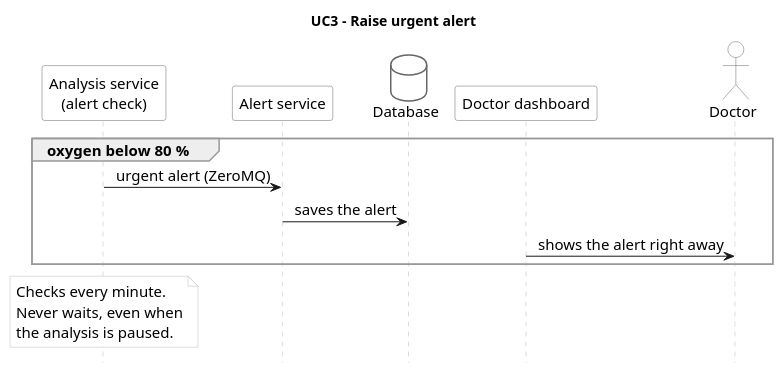
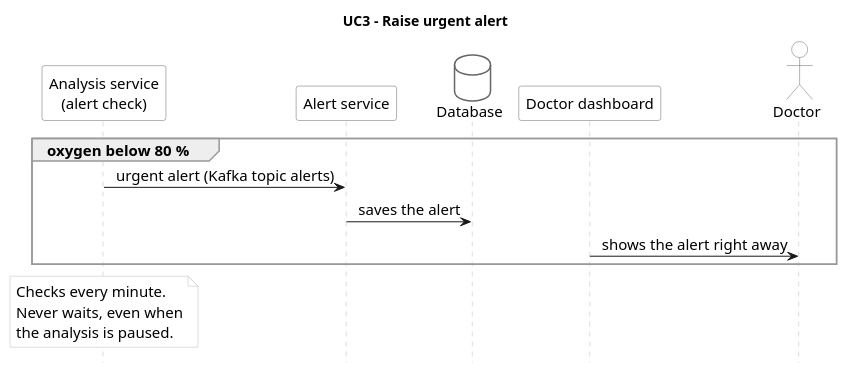
One commit to BarbaraKlimekTomatova/ACC1ILV-cloud-and-AI-infrastructure-for-sleep-apnea-detection- changed the diagram in diagrams/sequences/10.11_A_UC3-raise-an-alert_v1.puml. Above: the diagram before and after it, drawn with PlantUML. The commit also changed 13 other files, not shown here.

Commit message:
ahi-triage: AHI and severity per night, results, night-results, tests, CI; docs: service owners, UC3 alert via Kafka (#15)

```diff
--- a/diagrams/sequences/10.11_A_UC3-raise-an-alert_v1.puml
+++ b/diagrams/sequences/10.11_A_UC3-raise-an-alert_v1.puml
@@ -1,42 +1,42 @@
 @startuml UC3
 skinparam shadowing false
 skinparam defaultFontName Arial
 skinparam defaultFontSize 15
 skinparam sequenceMessageAlign center
 skinparam sequence {
   LifeLineBorderColor #BBBBBB
   ParticipantBorderColor #666666
   ParticipantBackgroundColor #FFFFFF
   ActorBorderColor #666666
   ActorBackgroundColor #FFFFFF
   GroupBorderColor #999999
 }
 skinparam database {
   BorderColor #666666
   BackgroundColor #FFFFFF
 }
 skinparam queue {
   BorderColor #666666
   BackgroundColor #FFFFFF
 }
 skinparam note {
   BorderColor #BBBBBB
   BackgroundColor #FFFFFF
 }
 hide footbox
 title UC3 – Raise urgent alert
 
 participant "Analysis service\n(alert check)" as DET
 participant "Alert service" as ALR
 database "Database" as DB
 participant "Doctor dashboard" as DASH
 actor "Doctor" as DOC
 
 group oxygen below 80 %
-  DET -> ALR : urgent alert (ZeroMQ)
+  DET -> ALR : urgent alert (Kafka topic alerts)
   ALR -> DB : saves the alert
   DASH -> DOC : shows the alert right away
 end
 
 note over DET : Checks every minute.\nNever waits, even when\nthe analysis is paused.
 @enduml
```
